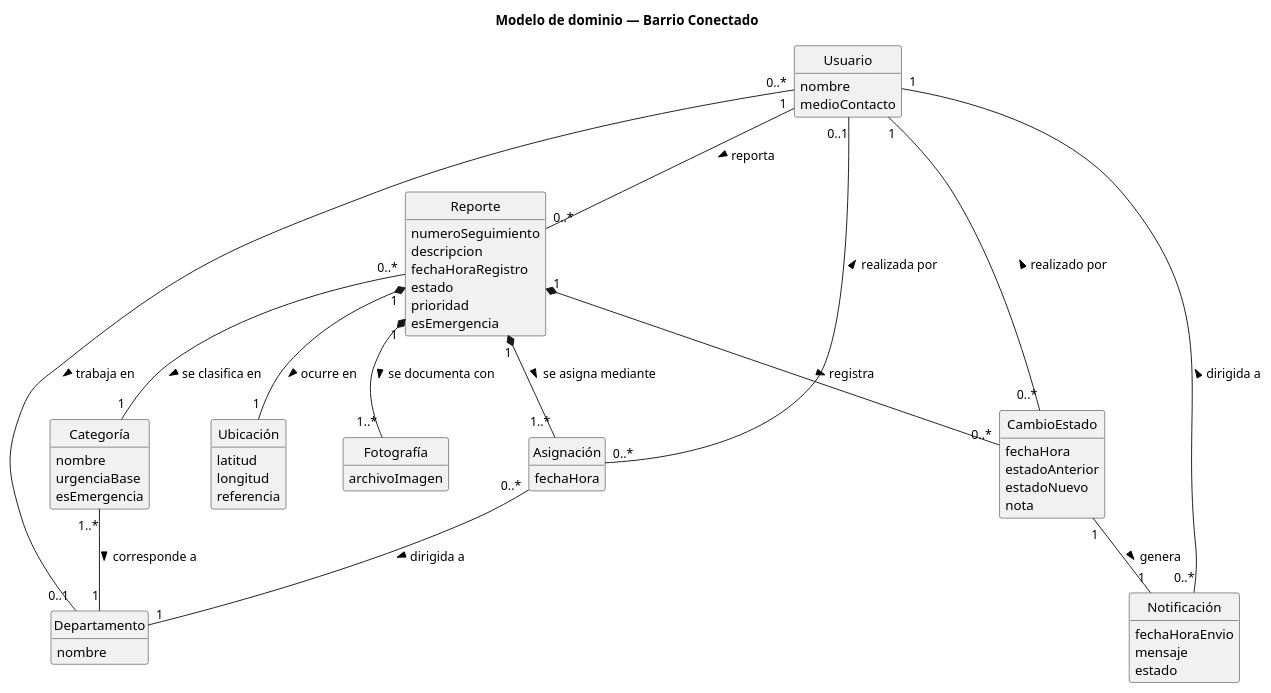
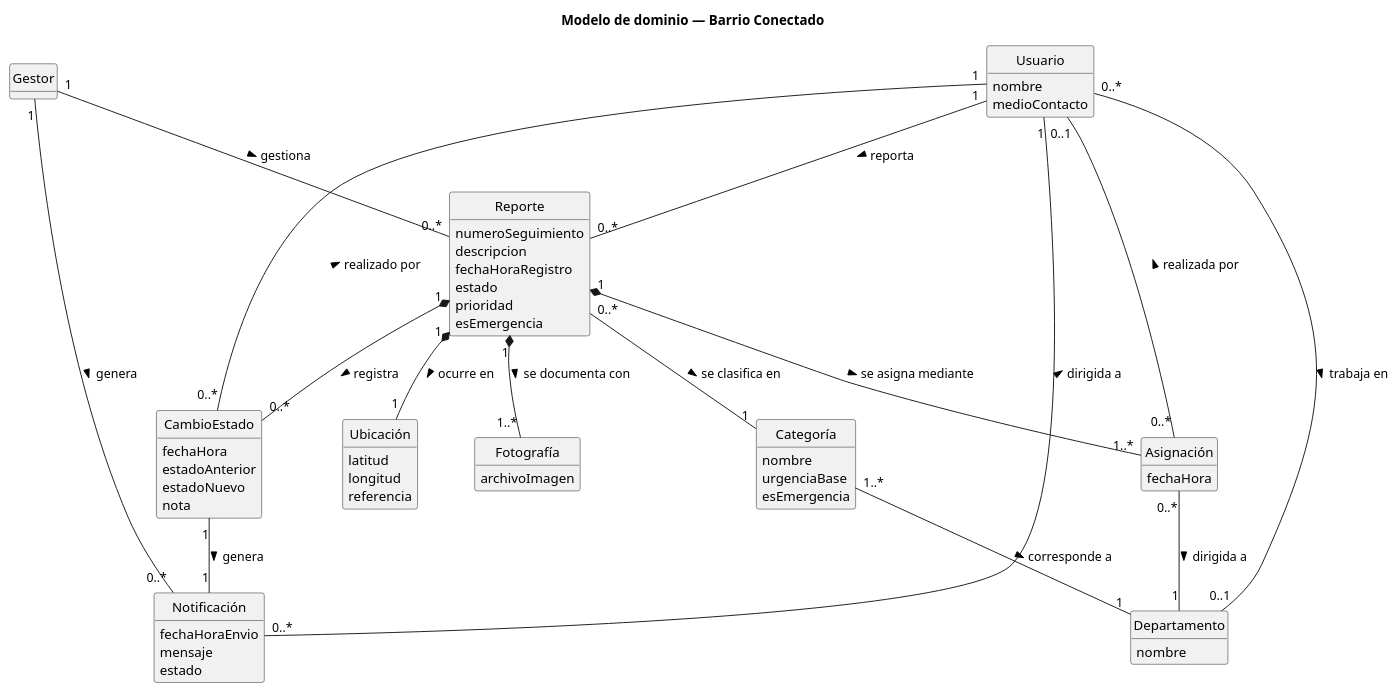
One commit to bruhmzk/Barrio-Conectado changed the diagram in diagramas/modelo-dominio.puml. Above: the diagram before and after it, drawn with PlantUML. The commit also changed 1 other file, not shown here.

Commit message:
Agregación Gestor

```diff
--- a/diagramas/modelo-dominio.puml
+++ b/diagramas/modelo-dominio.puml
@@ -1,74 +1,79 @@
 @startuml modelo-dominio
 title Modelo de dominio — Barrio Conectado
 hide circle
 hide methods
 skinparam shadowing false
 skinparam classAttributeIconSize 0
 skinparam nodesep 60
 skinparam ranksep 60
 
 class Usuario {
   nombre
   medioContacto
 }
 
 class Reporte {
   numeroSeguimiento
   descripcion
   fechaHoraRegistro
   estado
   prioridad
   esEmergencia
 }
 
 class Categoria as "Categoría" {
   nombre
   urgenciaBase
   esEmergencia
 }
 
 class Departamento {
   nombre
 }
 
 class Ubicacion as "Ubicación" {
   latitud
   longitud
   referencia
 }
 
 class Fotografia as "Fotografía" {
   archivoImagen
 }
 
 class CambioEstado {
   fechaHora
   estadoAnterior
   estadoNuevo
   nota
 }
 
 class Asignacion as "Asignación" {
   fechaHora
 }
 
 class Notificacion as "Notificación" {
   fechaHoraEnvio
   mensaje
   estado
 }
 
+class Gestor {
+}
+
 Usuario "1" -- "0..*" Reporte : reporta >
 Reporte "0..*" -- "1" Categoria : se clasifica en >
 Categoria "1..*" -- "1" Departamento : corresponde a >
 Usuario "0..*" -- "0..1" Departamento : trabaja en >
 Reporte "1" *-- "1" Ubicacion : ocurre en >
 Reporte "1" *-- "1..*" Fotografia : se documenta con >
 Reporte "1" *-- "0..*" CambioEstado : registra >
 Reporte "1" *-- "1..*" Asignacion : se asigna mediante >
 Asignacion "0..*" -- "1" Departamento : dirigida a >
 Asignacion "0..*" -- "0..1" Usuario : realizada por >
 CambioEstado "0..*" -- "1" Usuario : realizado por >
 CambioEstado "1" -- "1" Notificacion : genera >
 Notificacion "0..*" -- "1" Usuario : dirigida a >
+Gestor "1" -- "0..*" Reporte : gestiona >
+Gestor "1" -- "0..*" Notificacion : genera >
 @enduml
```
